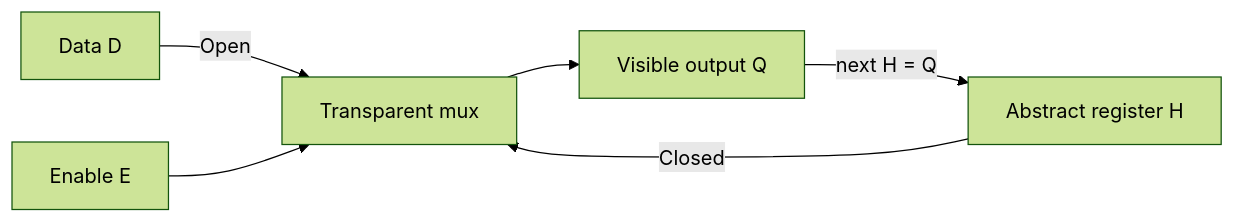
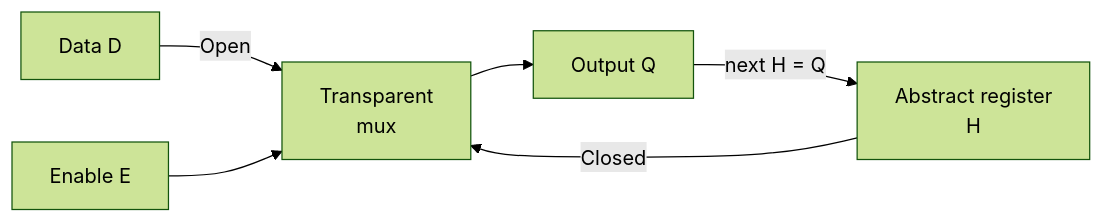
The first of 2 diagrams in docs/sec-latch-implementation.md (keplertech/kepler-formal), drawn with Mermaid (forest theme) before and after one commit. The commit also changed other lines of this file and 1 other file, not shown here.

Commit message:
docs(sec): shorten and wrap latch diagram labels

````diff
--- a/docs/sec-latch-implementation.md
+++ b/docs/sec-latch-implementation.md
@@ -35,8 +35,8 @@
 ```mermaid
 flowchart LR
-    D[Data D] -->|Open| M[Transparent mux]
-    E[Enable E] --> M
-    H[Abstract register H] -->|Closed| M
-    M --> Q[Visible output Q]
+    D["Data D"] -->|Open| M["Transparent<br/>mux"]
+    E["Enable E"] --> M
+    H["Abstract register<br/>H"] -->|Closed| M
+    M --> Q["Output Q"]
     Q -->|next H = Q| H
 ```
````
